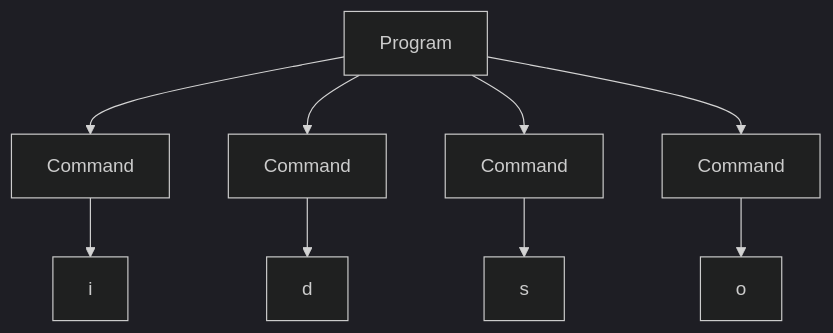
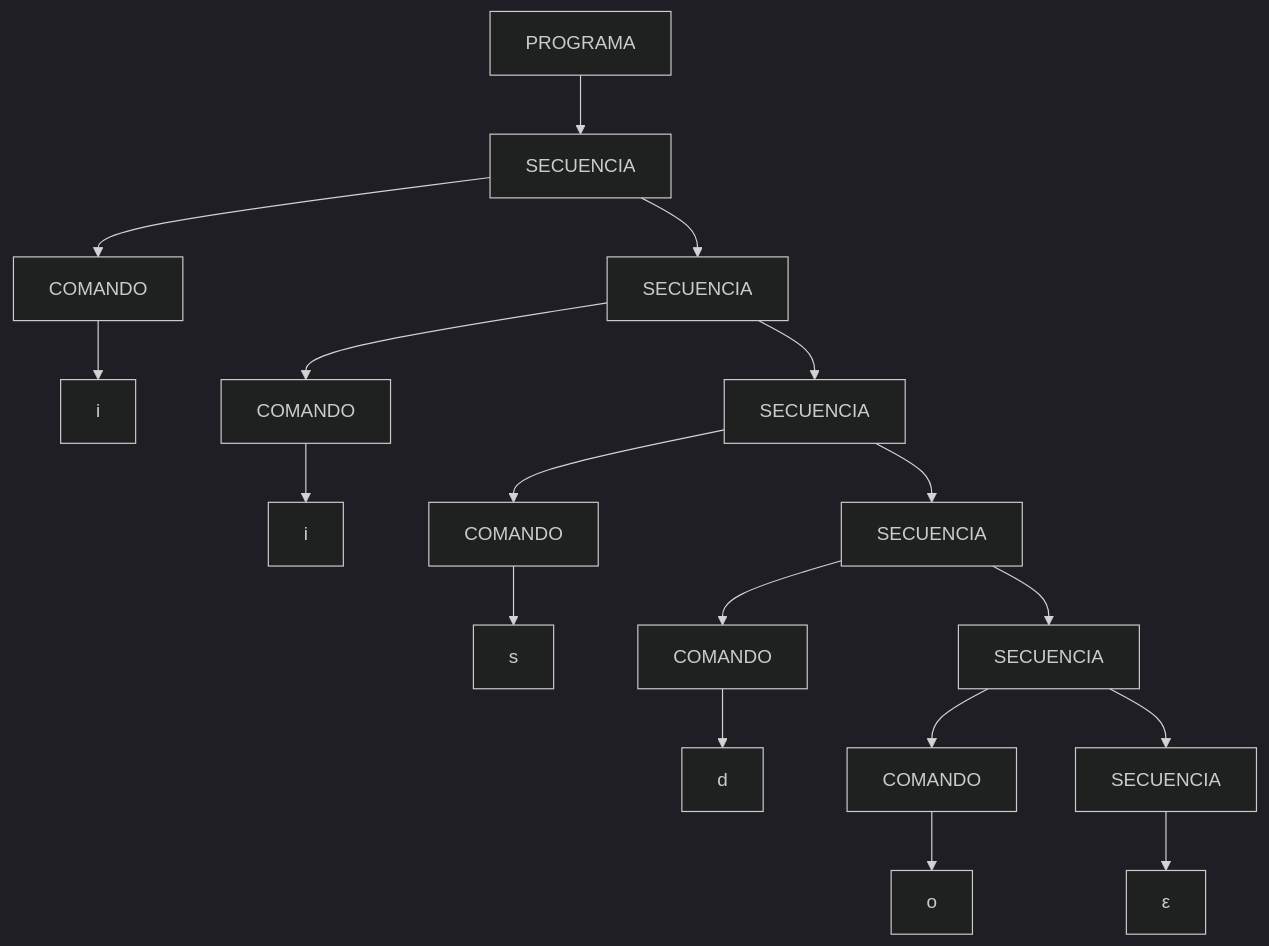
Before and after one commit to jyturrieta/LP: the diagram in TP4.md, drawn with Mermaid (dark theme). The commit also changed other lines of this file, not shown here.

````diff
--- a/TP4.md
+++ b/TP4.md
@@ -7,12 +9,14 @@
 ```mermaid
-
-graph TD
-    A[Program] --> B[Command]
-    A --> C[Command]
-    A --> D[Command]
-    A --> E[Command]
-    B --> F[i]
-    C --> G[d]
-    D --> H[s]
-    E --> I[o]
+flowchart TD
+    A[PROGRAMA] --> B[SECUENCIA]
+    B --> C1[COMANDO] --> T1["i"]
+    B --> D1[SECUENCIA]
+    D1 --> C2[COMANDO] --> T2["i"]
+    D1 --> D2[SECUENCIA]
+    D2 --> C3[COMANDO] --> T3["s"]
+    D2 --> D3[SECUENCIA]
+    D3 --> C4[COMANDO] --> T4["d"]
+    D3 --> D4[SECUENCIA]
+    D4 --> C5[COMANDO] --> T5["o"]
+    D4 --> D5[SECUENCIA] --> E[ε]
 ```
````
